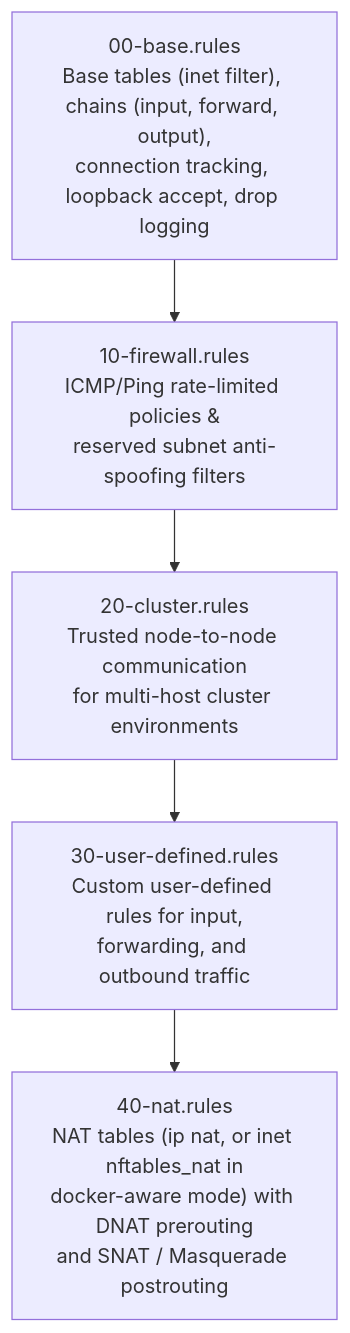
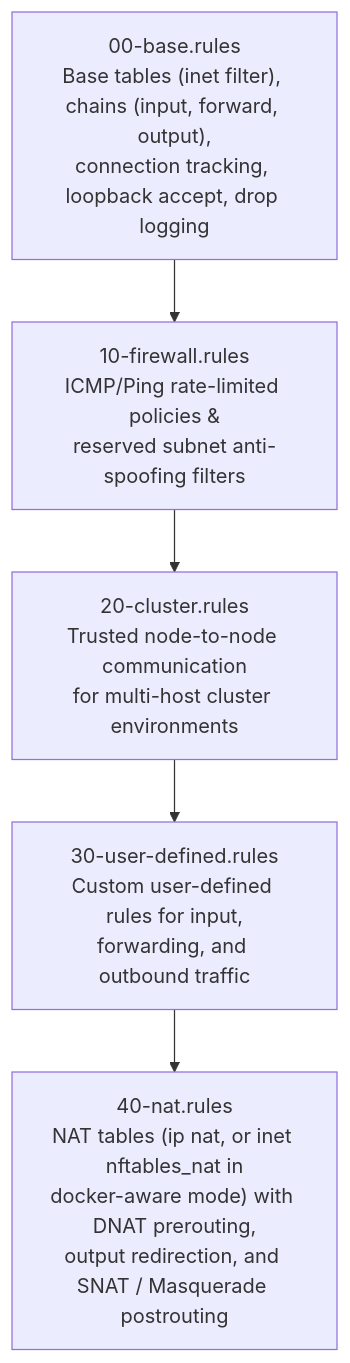
Before and after one commit to grzegorzfranus/ansible-role-nftables: the diagram in README.md, drawn with Mermaid. The commit also changed other lines of this file and 12 other files, not shown here.

Commit message:
feat(nat): add nat output chain, optional IPv6 rules, and standardize reboot (#74) (#75)

````diff
--- a/README.md
+++ b/README.md
@@ -25,7 +25,7 @@
 ```mermaid
 flowchart TD
     A["00-base.rules<br>Base tables (inet filter), chains (input, forward, output),<br>connection tracking, loopback accept, drop logging"] --> B["10-firewall.rules<br>ICMP/Ping rate-limited policies &<br>reserved subnet anti-spoofing filters"]
     B --> C["20-cluster.rules<br>Trusted node-to-node communication<br>for multi-host cluster environments"]
     C --> D["30-user-defined.rules<br>Custom user-defined rules for input,<br>forwarding, and outbound traffic"]
-    D --> E["40-nat.rules<br>NAT tables (ip nat, or inet nftables_nat in<br>docker-aware mode) with DNAT prerouting<br>and SNAT / Masquerade postrouting"]
+    D --> E["40-nat.rules<br>NAT tables (ip nat, or inet nftables_nat in<br>docker-aware mode) with DNAT prerouting,<br>output redirection, and SNAT / Masquerade postrouting"]
 ```
````
